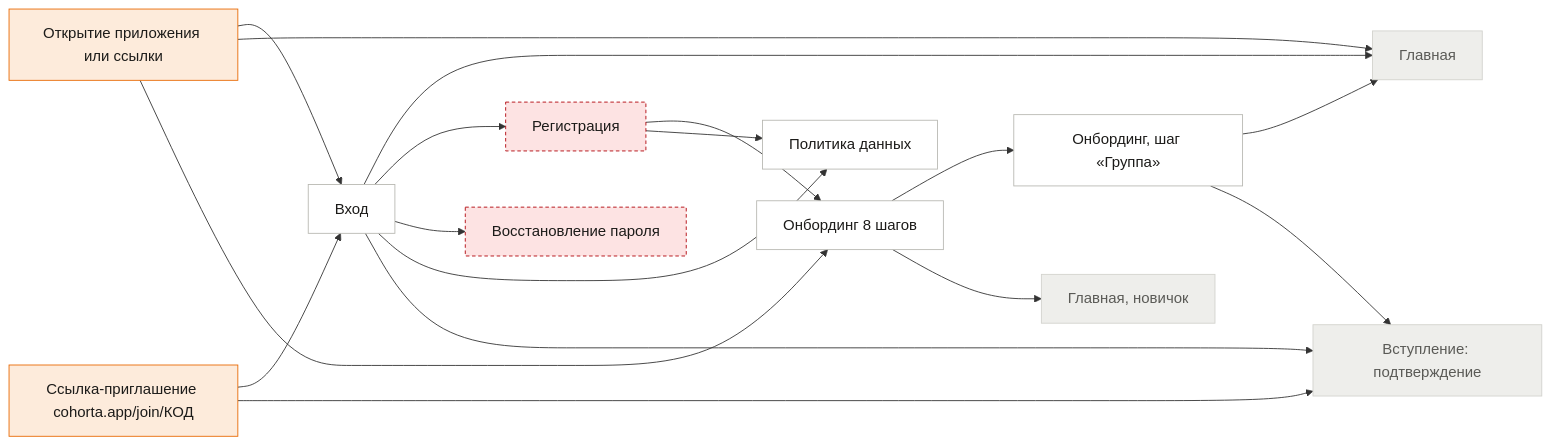
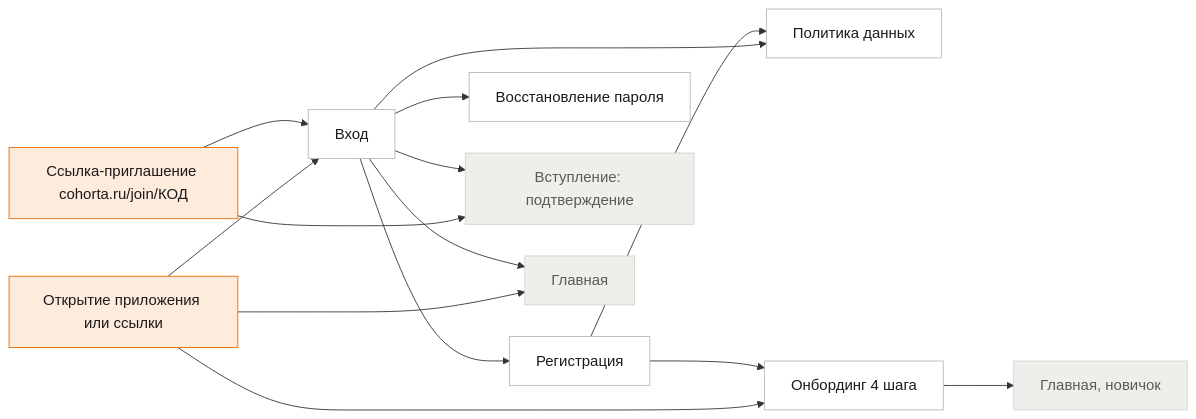
One commit to misha-quartzevsky/cohorta changed the first of 6 diagrams in docs/design/ia/userflow.md. Above: the diagram before and after it, drawn with Mermaid. The commit also changed other lines of this file and 1 other file, not shown here.

Commit message:
docs(design): карта переходов — маршруты по роутеру, онбординг из 4 шагов, нарисованные экраны, «Занятия», «Профиль», периоды, корзина

````diff
--- a/docs/design/ia/userflow.md
+++ b/docs/design/ia/userflow.md
@@ -64,46 +66,41 @@
 ```mermaid
 %%{init:{"themeVariables":{"fontSize":"17px"},"flowchart":{"nodeSpacing":36,"rankSpacing":80,"curve":"basis"}}}%%
 flowchart LR
   open["Открытие приложения или ссылки"]
   login["Вход"]
   register["Регистрация"]
   reset["Восстановление пароля"]
   policy["Политика данных"]
-  onb["Онбординг  8 шагов "]
-  onb_group["Онбординг, шаг «Группа»"]
-  join_link["Ссылка-приглашение cohorta.app/join/КОД"]
+  onb["Онбординг  4 шага "]
+  join_link["Ссылка-приглашение cohorta.ru/join/КОД"]
   g_join_ok["Вступление: подтверждение"]
   home["Главная"]
   home_new["Главная, новичок"]
   open --> login
   open --> home
   open --> onb
   login --> home
   login --> register
   login --> reset
   login --> policy
   register --> onb
   register --> policy
-  onb --> onb_group
-  onb_group --> home
-  onb_group --> g_join_ok
   onb --> home_new
   join_link --> login
   join_link --> g_join_ok
   login --> g_join_ok
   classDef ok fill:#FFFFFF,stroke:#B8B8B2,color:#1C1B19
   classDef no fill:#FDE3E3,stroke:#B00008,stroke-dasharray:4 3,color:#1C1B19
   classDef ex fill:#EEEEEB,stroke:#D2D2CD,color:#5A5A56
   classDef vi fill:#FDEBDB,stroke:#E86800,color:#1C1B19
   class open vi
   class login ok
-  class register no
-  class reset no
+  class register ok
+  class reset ok
   class policy ok
   class onb ok
-  class onb_group ok
   class join_link vi
   class g_join_ok ex
   class home ex
   class home_new ex
 ```
````
